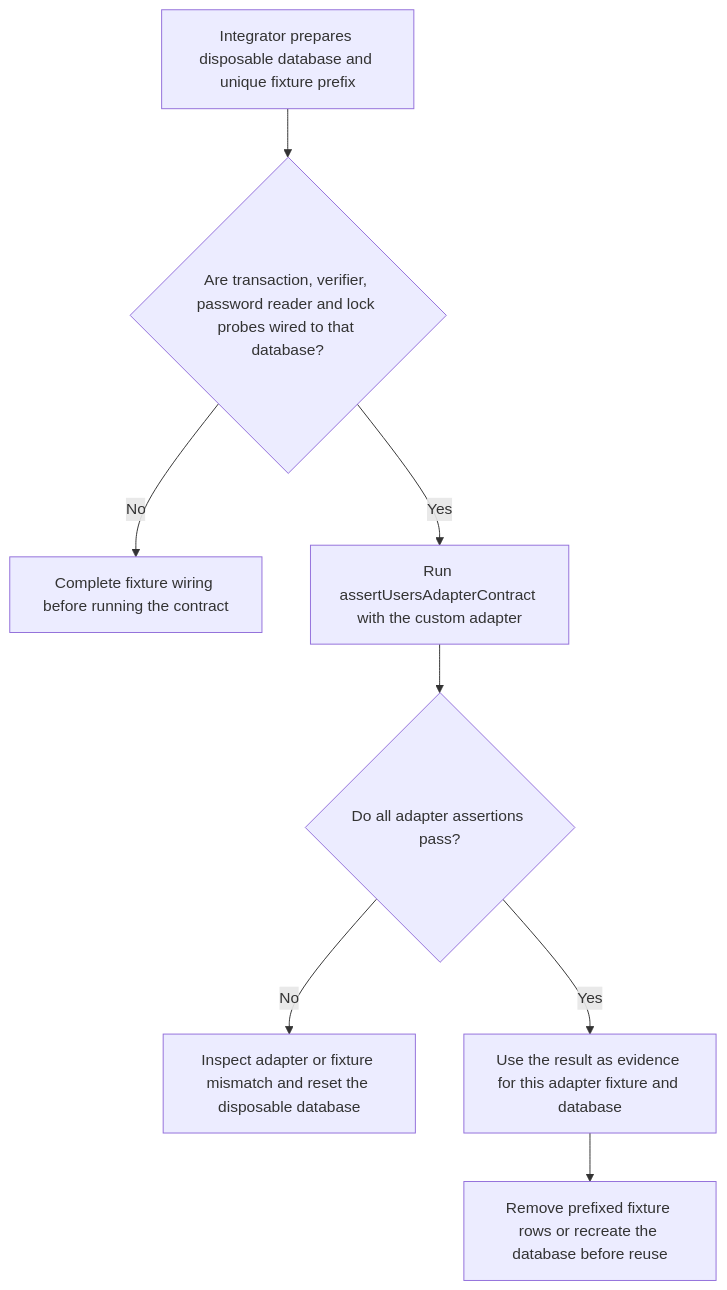
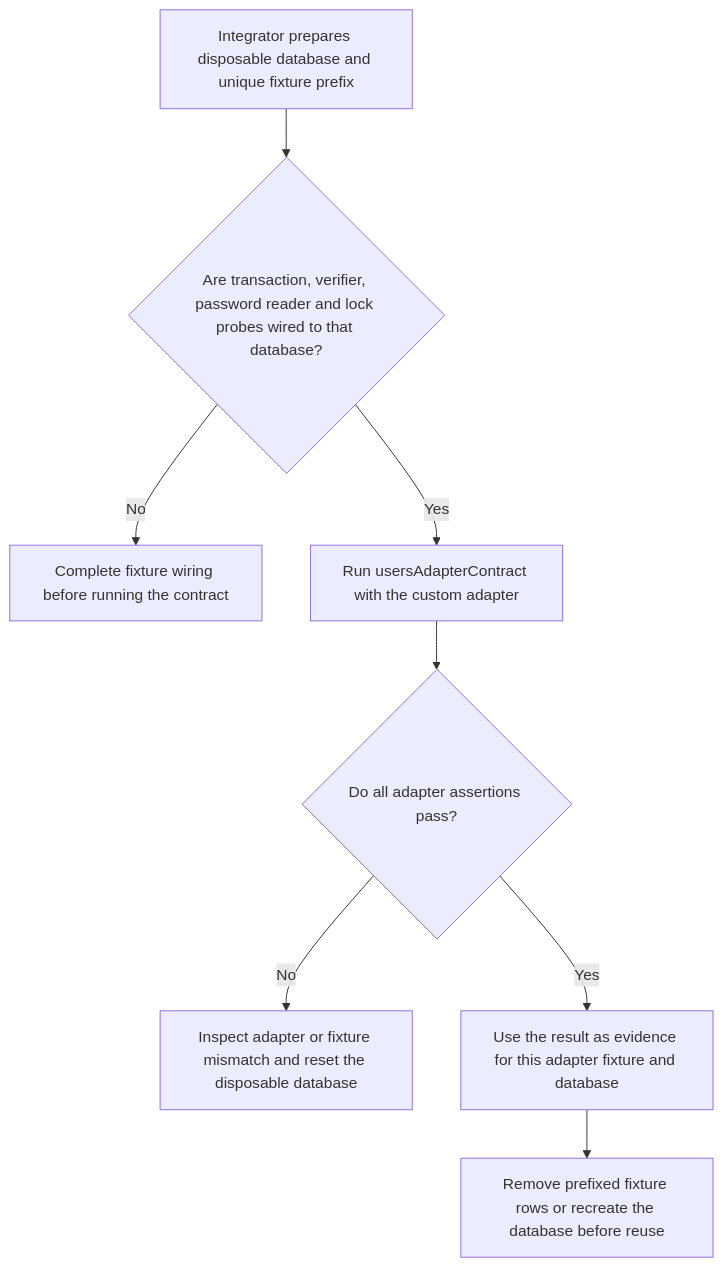
Before and after one commit to Kevinjohn/oss-adonisjs-account-kit: the first of 2 diagrams in user-stories/US-ACCOUNT-54-check-custom-adapter-contract.md, drawn with Mermaid. The commit also changed other lines of this file and 570 other files, not shown here.

````diff
--- a/user-stories/US-ACCOUNT-54-check-custom-adapter-contract.md
+++ b/user-stories/US-ACCOUNT-54-check-custom-adapter-contract.md
@@ -19,10 +19,10 @@
 ```mermaid
 flowchart TD
  A["Integrator prepares disposable database and unique fixture prefix"] --> B{"Are transaction, verifier, password reader and lock probes wired to that database?"}
  B -->|No| C["Complete fixture wiring before running the contract"]
- B -->|Yes| D["Run assertUsersAdapterContract with the custom adapter"]
+ B -->|Yes| D["Run usersAdapterContract with the custom adapter"]
  D --> E{"Do all adapter assertions pass?"}
  E -->|No| F["Inspect adapter or fixture mismatch and reset the disposable database"]
  E -->|Yes| G["Use the result as evidence for this adapter fixture and database"]
  G --> H["Remove prefixed fixture rows or recreate the database before reuse"]
 ```
````
